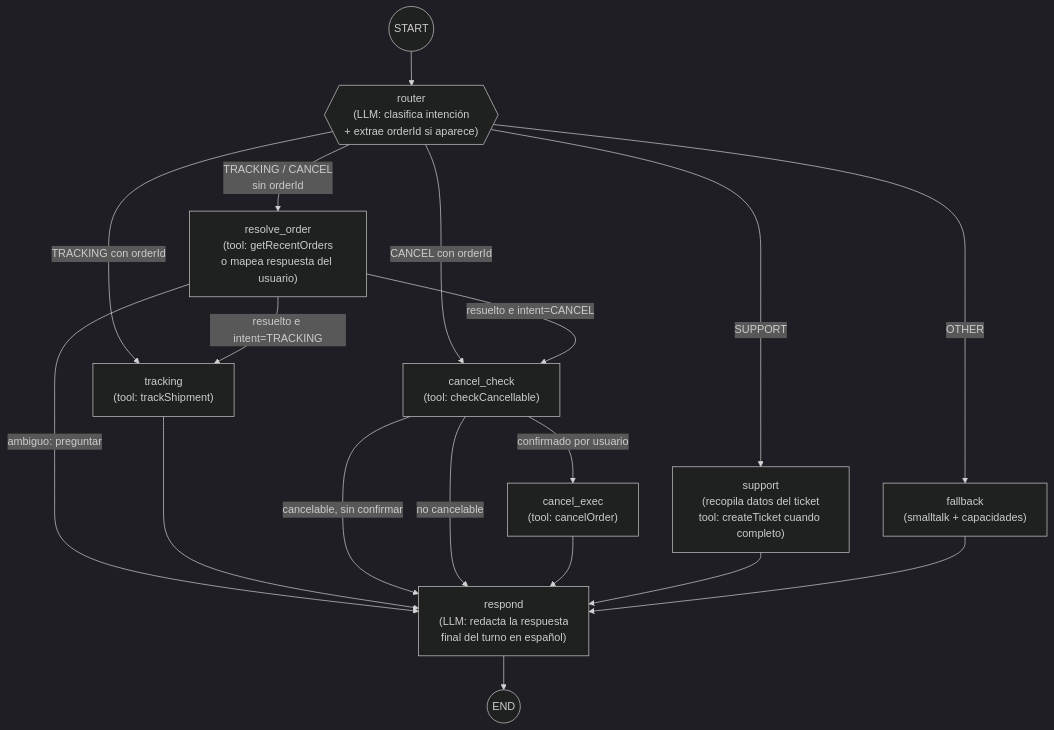
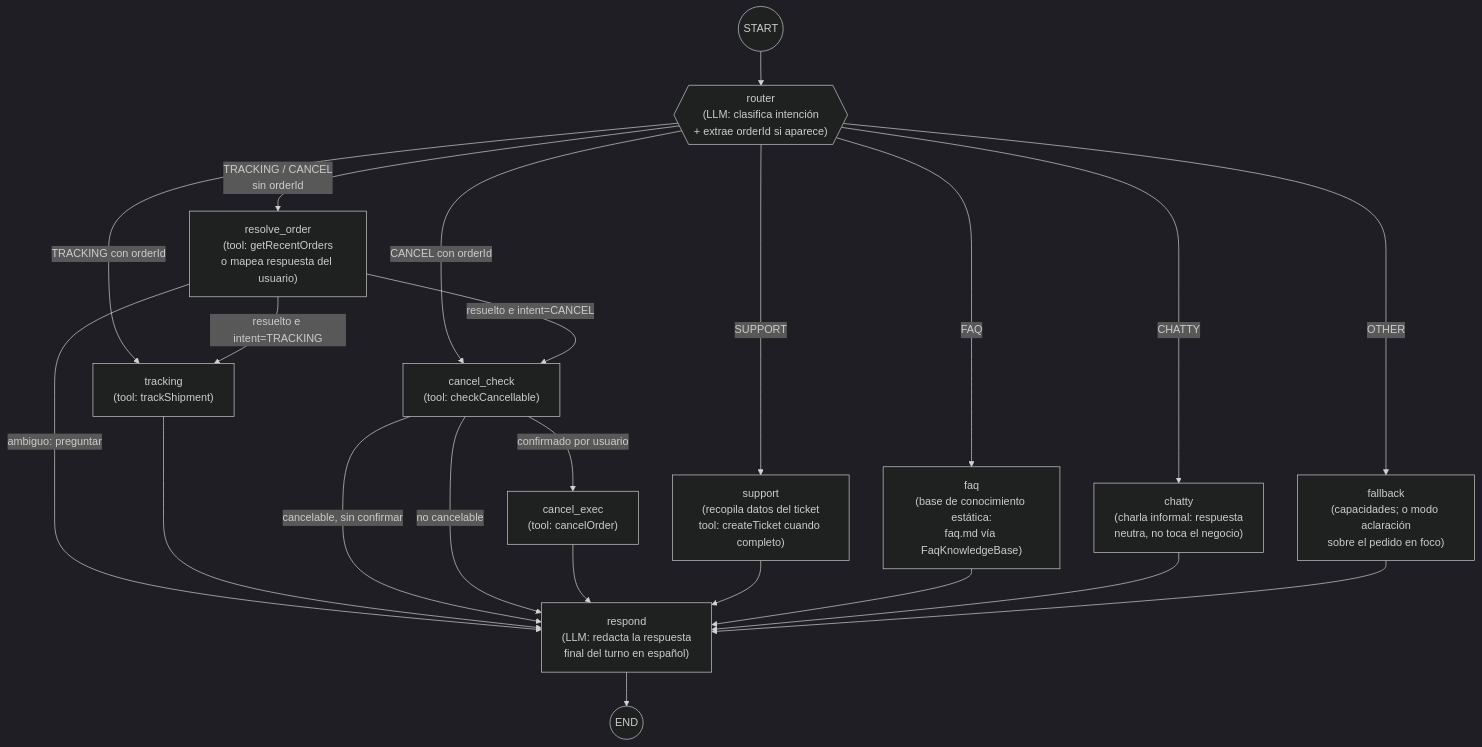
Before and after one commit to mikel0ne/ai-platform-portfolio: the diagram in docs/arquitectura/04-grafo-langgraph.md, drawn with Mermaid (dark theme). The commit also changed other lines of this file and 7 other files, not shown here.

Commit message:
docs(l1-copilot): updated agent architecture and infrastructure guides

````diff
--- a/docs/arquitectura/04-grafo-langgraph.md
+++ b/docs/arquitectura/04-grafo-langgraph.md
@@ -7,31 +7,37 @@
 ```mermaid
 graph TB
     START((START)) --> router
 
     router{{"router<br/>(LLM: clasifica intención<br/>+ extrae orderId si aparece)"}}
 
     router -->|TRACKING / CANCEL<br/>sin orderId| resolve_order
     router -->|TRACKING con orderId| tracking
     router -->|CANCEL con orderId| cancel_check
     router -->|SUPPORT| support
+    router -->|FAQ| faq
+    router -->|CHATTY| chatty
     router -->|OTHER| fallback
 
     resolve_order["resolve_order<br/>(tool: getRecentOrders<br/>o mapea respuesta del usuario)"]
     resolve_order -->|resuelto e intent=TRACKING| tracking
     resolve_order -->|resuelto e intent=CANCEL| cancel_check
     resolve_order -->|ambiguo: preguntar| respond
 
     tracking["tracking<br/>(tool: trackShipment)"] --> respond
 
     cancel_check["cancel_check<br/>(tool: checkCancellable)"]
     cancel_check -->|cancelable, sin confirmar| respond
     cancel_check -->|confirmado por usuario| cancel_exec
     cancel_check -->|no cancelable| respond
     cancel_exec["cancel_exec<br/>(tool: cancelOrder)"] --> respond
 
     support["support<br/>(recopila datos del ticket<br/>tool: createTicket cuando completo)"] --> respond
 
-    fallback["fallback<br/>(smalltalk + capacidades)"] --> respond
+    faq["faq<br/>(base de conocimiento estática:<br/>faq.md vía FaqKnowledgeBase)"] --> respond
+
+    chatty["chatty<br/>(charla informal: respuesta<br/>neutra, no toca el negocio)"] --> respond
+
+    fallback["fallback<br/>(capacidades; o modo aclaración<br/>sobre el pedido en foco)"] --> respond
 
     respond["respond<br/>(LLM: redacta la respuesta<br/>final del turno en español)"] --> END((END))
 ```
````
